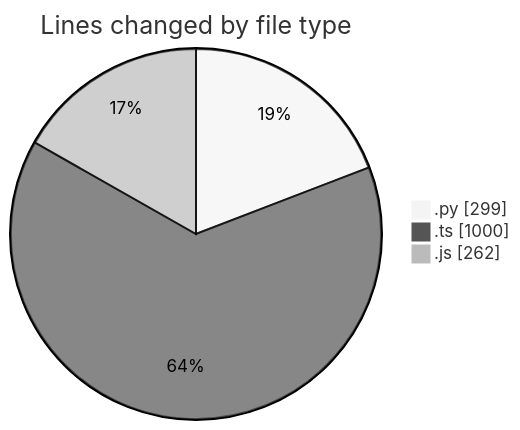
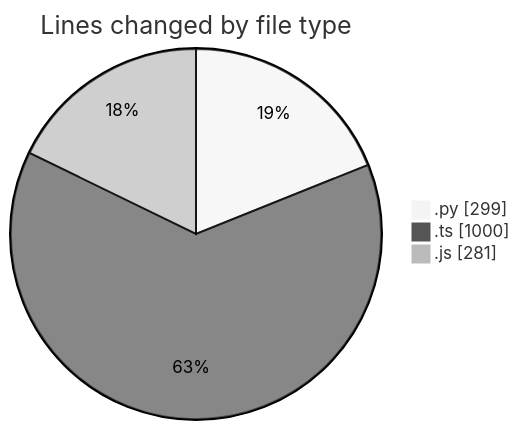
One commit to momahboobian/code-tracking changed the first of 2 diagrams in 2026-07-24/cda/README.md. Above: the diagram before and after it, drawn with Mermaid (neutral theme). The commit also changed other lines of this file and 1 other file, not shown here.

````diff
--- a/2026-07-24/cda/README.md
+++ b/2026-07-24/cda/README.md
@@ -27,7 +28,7 @@
 ```mermaid
 pie showData
 title Lines changed by file type
 ".py" : 299
 ".ts" : 1000
-".js" : 262
+".js" : 281
 ```
````
